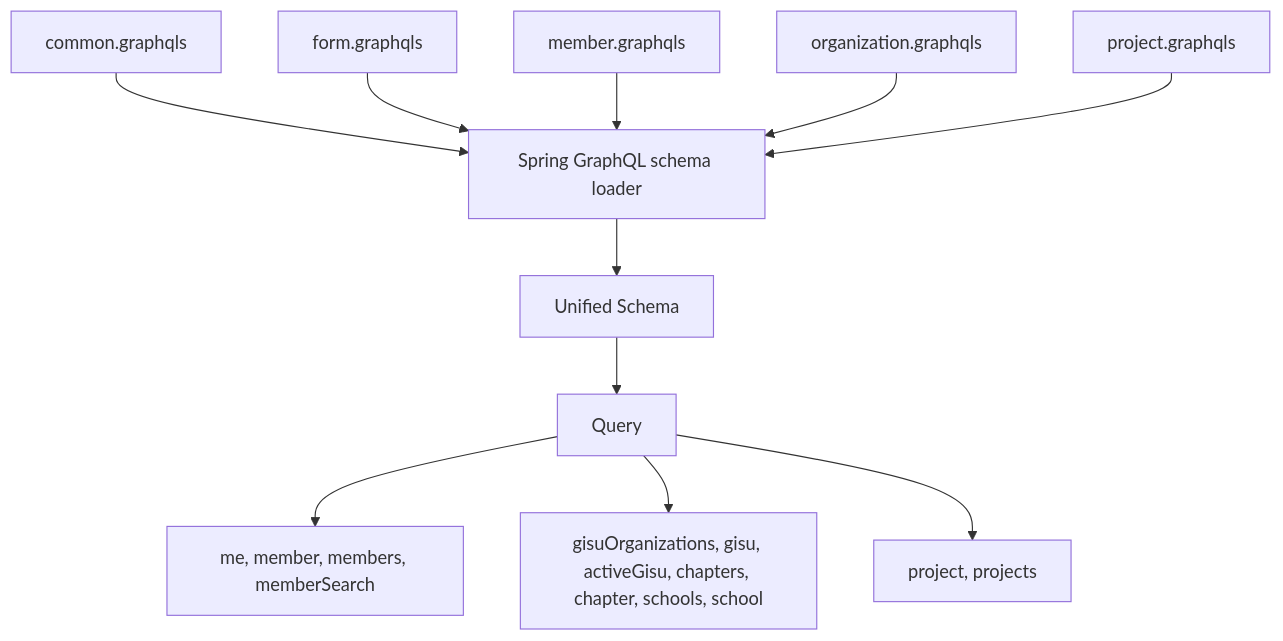
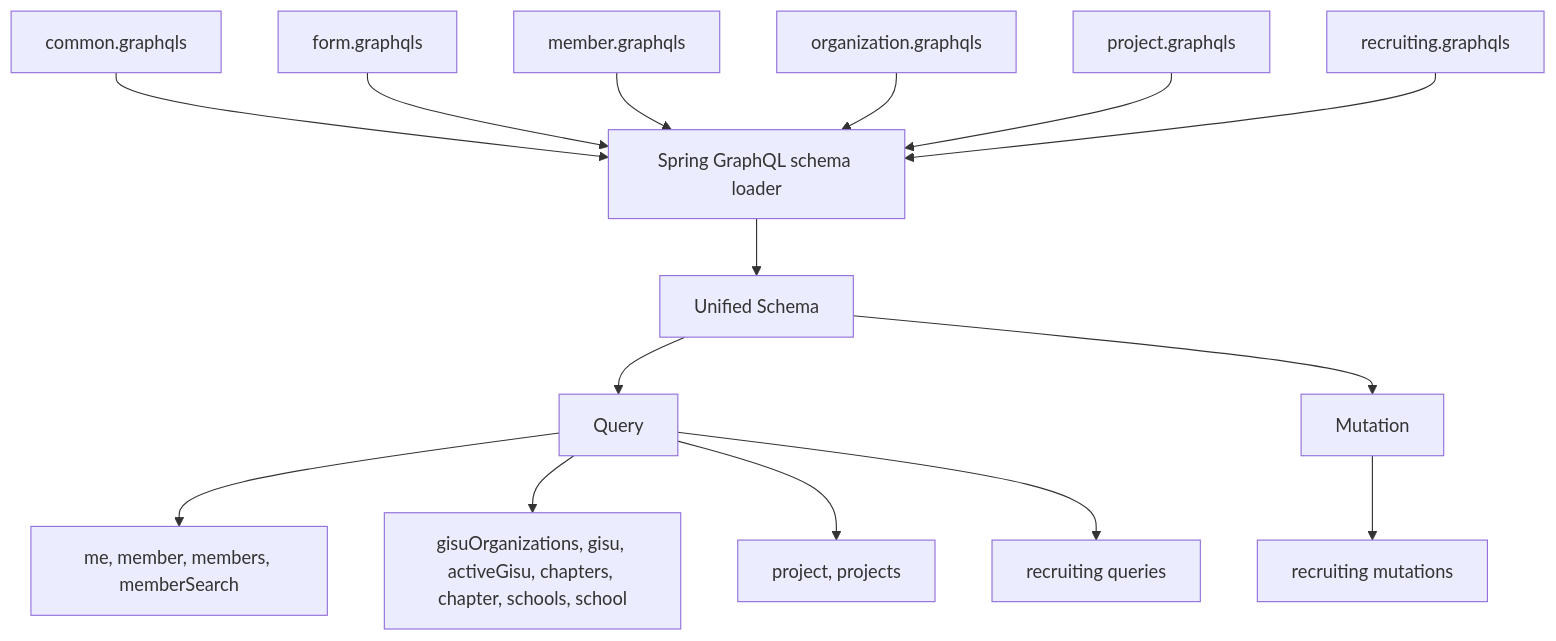
One commit to UMC-PRODUCT/cygnus-server changed the first of 3 diagrams in docs/graphql-schema.md. Above: the diagram before and after it, drawn with Mermaid. The commit also changed other lines of this file and 12 other files, not shown here.

Commit message:
refactor: 리크루팅 schema를 공통 IDL 계약에 통합

````diff
--- a/docs/graphql-schema.md
+++ b/docs/graphql-schema.md
@@ -14,13 +15,17 @@
 ```mermaid
 flowchart TD
   Common["common.graphqls"] --> Loader["Spring GraphQL schema loader"]
   FormFile["form.graphqls"] --> Loader
   MemberFile["member.graphqls"] --> Loader
   OrganizationFile["organization.graphqls"] --> Loader
   ProjectFile["project.graphqls"] --> Loader
+  RecruitingFile["recruiting.graphqls"] --> Loader
   Loader --> Schema["Unified Schema"]
   Schema --> Query["Query"]
+  Schema --> Mutation["Mutation"]
   Query --> MemberQuery["me, member, members, memberSearch"]
   Query --> OrganizationQuery["gisuOrganizations, gisu, activeGisu, chapters, chapter, schools, school"]
   Query --> ProjectQuery["project, projects"]
+  Query --> RecruitingQuery["recruiting queries"]
+  Mutation --> RecruitingMutation["recruiting mutations"]
 ```
````
